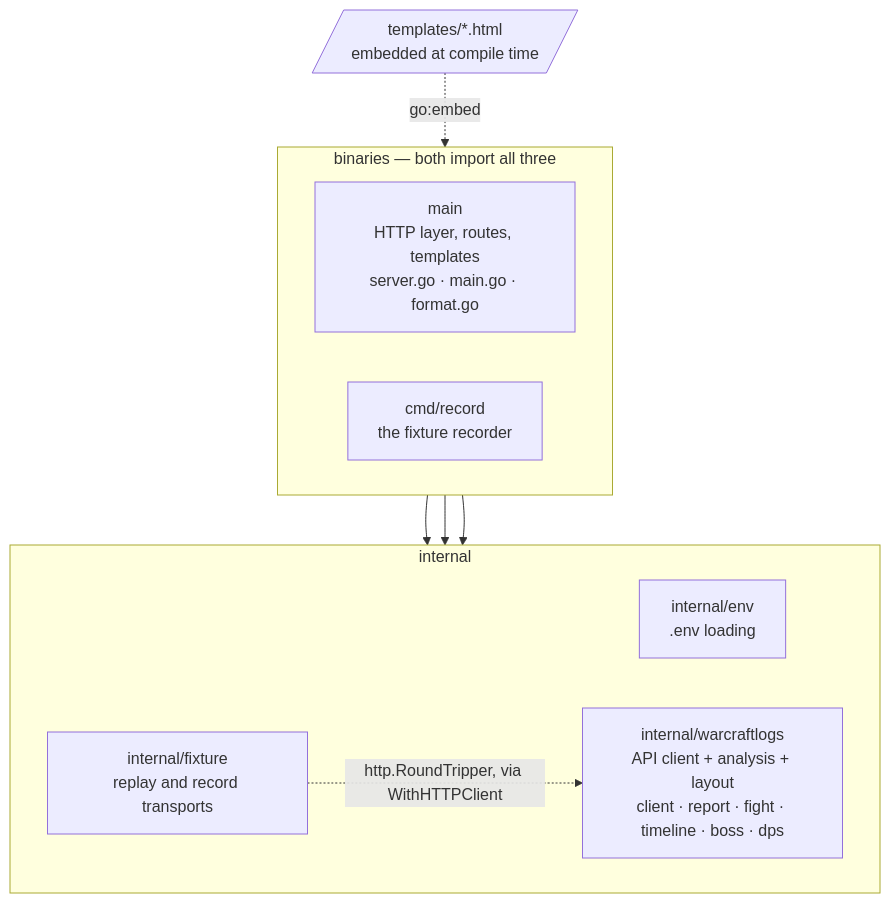
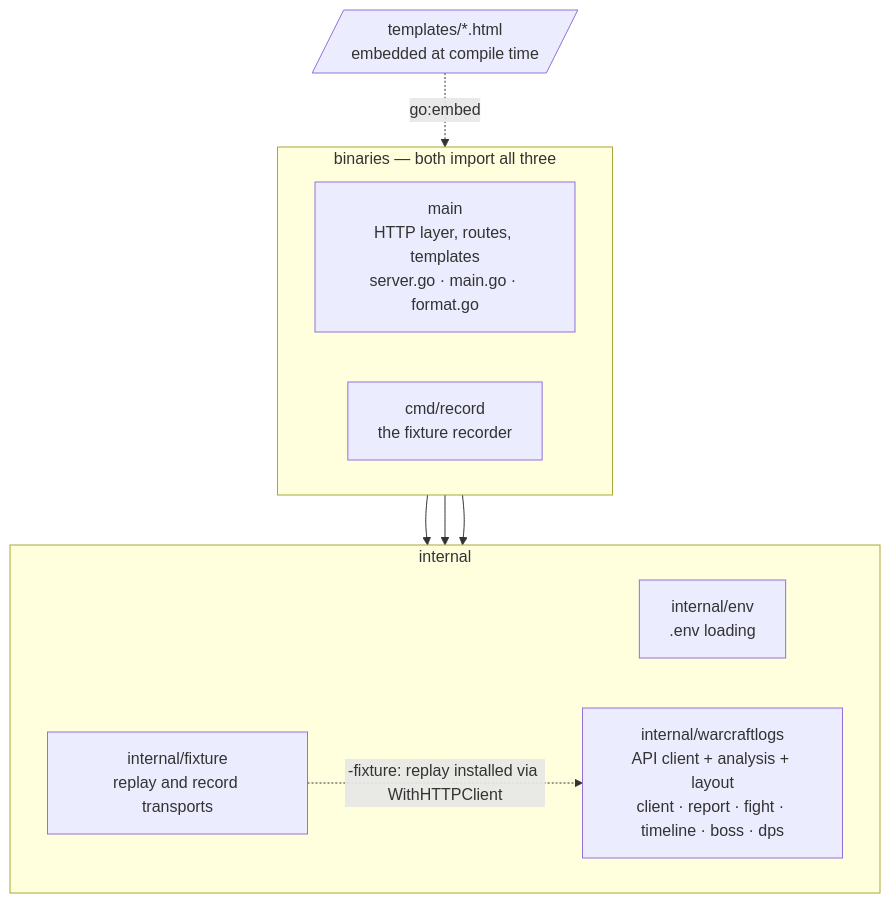
Before and after one commit to Gabriel2048/wow-insights: the second of 3 diagrams in ARCHITECTURE.md, drawn with Mermaid. The commit also changed other lines of this file, not shown here.

First line of the commit message:
Show the two wires the -fixture flag chooses between

````diff
--- a/ARCHITECTURE.md
+++ b/ARCHITECTURE.md
@@ -44,25 +44,25 @@
 ```mermaid
 flowchart TB
     %% verified: package graph
     templates[/"templates/*.html<br/>embedded at compile time"/]
 
     subgraph binaries["binaries — both import all three"]
         direction LR
         main["main<br/>HTTP layer, routes, templates<br/>server.go · main.go · format.go"]
         record["cmd/record<br/>the fixture recorder"]
     end
 
     subgraph internal
         direction LR
         env["internal/env<br/>.env loading"]
         fixture["internal/fixture<br/>replay and record transports"]
         warcraftlogs["internal/warcraftlogs<br/>API client + analysis + layout<br/>client · report · fight · timeline · boss · dps"]
     end
 
     binaries --> env
     binaries --> fixture
     binaries --> warcraftlogs
 
     templates -.->|"go:embed"| main
-    fixture -.->|"http.RoundTripper, via WithHTTPClient"| warcraftlogs
+    fixture -.->|"-fixture: replay installed via WithHTTPClient"| warcraftlogs
 ```
````
